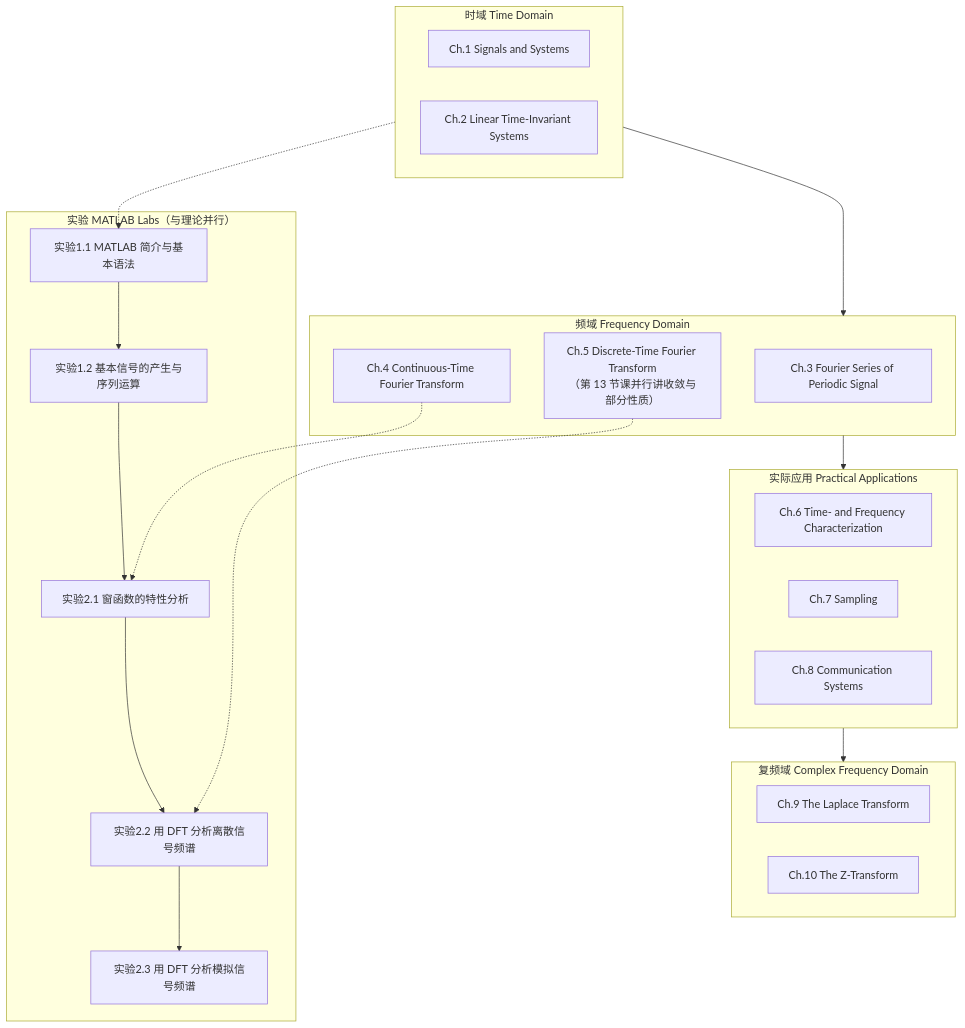
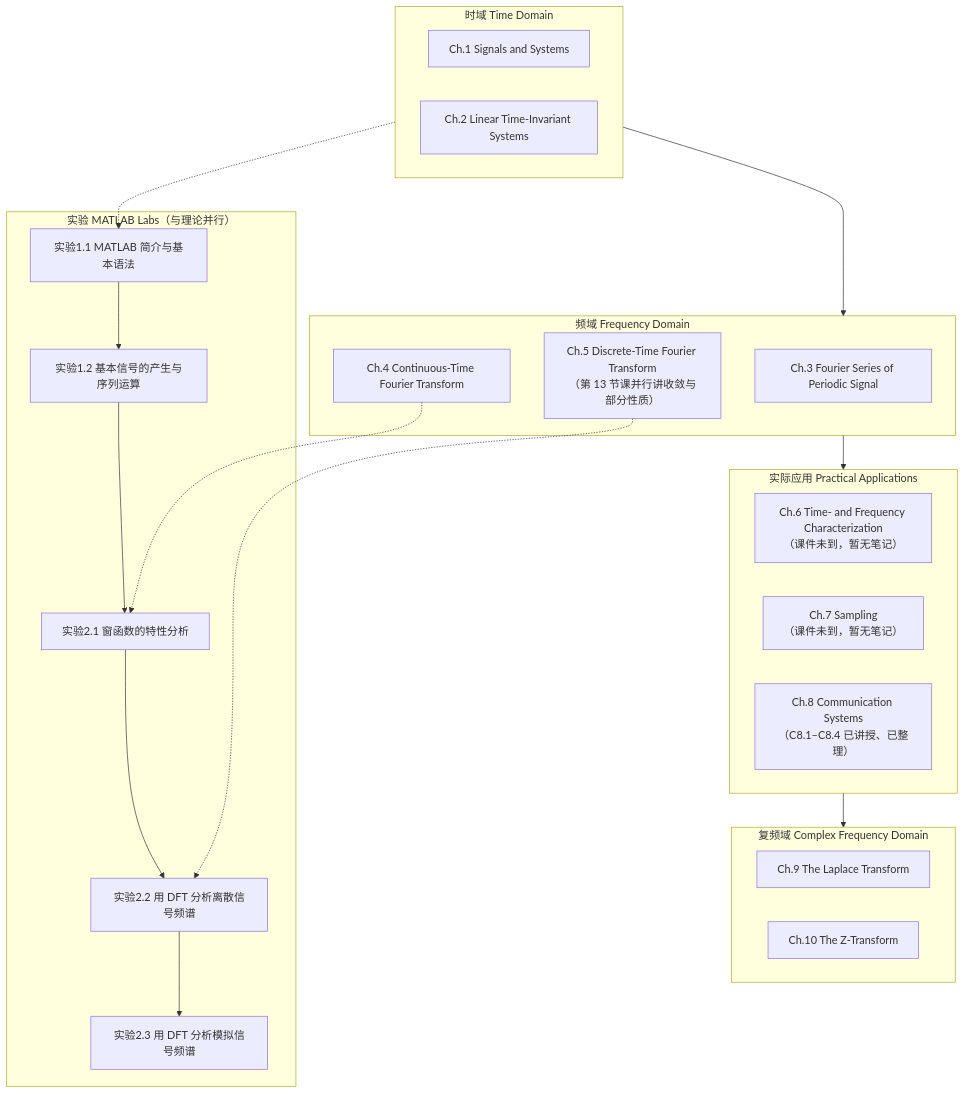
One commit to KayeAdams515/ClaudeNotes changed the first of 6 diagrams in 信号与系统/信号与系统 MOC.md. Above: the diagram before and after it, drawn with Mermaid. The commit also changed other lines of this file and 820 other files, not shown here.

````diff
--- a/信号与系统/信号与系统 MOC.md
+++ b/信号与系统/信号与系统 MOC.md
@@ -332,33 +373,33 @@
 ```mermaid
 flowchart TD
     subgraph A["时域 Time Domain"]
         C1["Ch.1 Signals and Systems"]
         C2["Ch.2 Linear Time-Invariant Systems"]
     end
     subgraph B["频域 Frequency Domain"]
         C3["Ch.3 Fourier Series of Periodic Signal"]
         C4["Ch.4 Continuous-Time Fourier Transform"]
         C5["Ch.5 Discrete-Time Fourier Transform<br/>（第 13 节课并行讲收敛与部分性质）"]
     end
     subgraph C["实际应用 Practical Applications"]
-        C6["Ch.6 Time- and Frequency Characterization"]
-        C7["Ch.7 Sampling"]
-        C8["Ch.8 Communication Systems"]
+        C6["Ch.6 Time- and Frequency Characterization<br/>（课件未到，暂无笔记）"]
+        C7["Ch.7 Sampling<br/>（课件未到，暂无笔记）"]
+        C8["Ch.8 Communication Systems<br/>（C8.1–C8.4 已讲授、已整理）"]
     end
     subgraph D["复频域 Complex Frequency Domain"]
         C9["Ch.9 The Laplace Transform"]
         C10["Ch.10 The Z-Transform"]
     end
     subgraph E["实验 MATLAB Labs（与理论并行）"]
         L1["实验1.1 MATLAB 简介与基本语法"]
         L2["实验1.2 基本信号的产生与序列运算"]
         L3["实验2.1 窗函数的特性分析"]
         L4["实验2.2 用 DFT 分析离散信号频谱"]
         L5["实验2.3 用 DFT 分析模拟信号频谱"]
     end
     A --> B --> C --> D
     L1 --> L2 --> L3 --> L4 --> L5
     A -.-> L1
     C4 -.-> L3
     C5 -.-> L4
 ```
````
